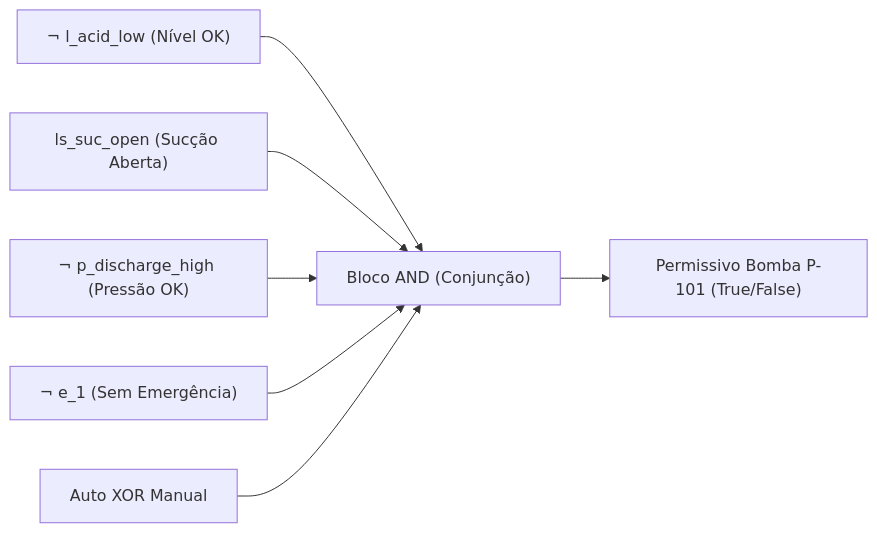
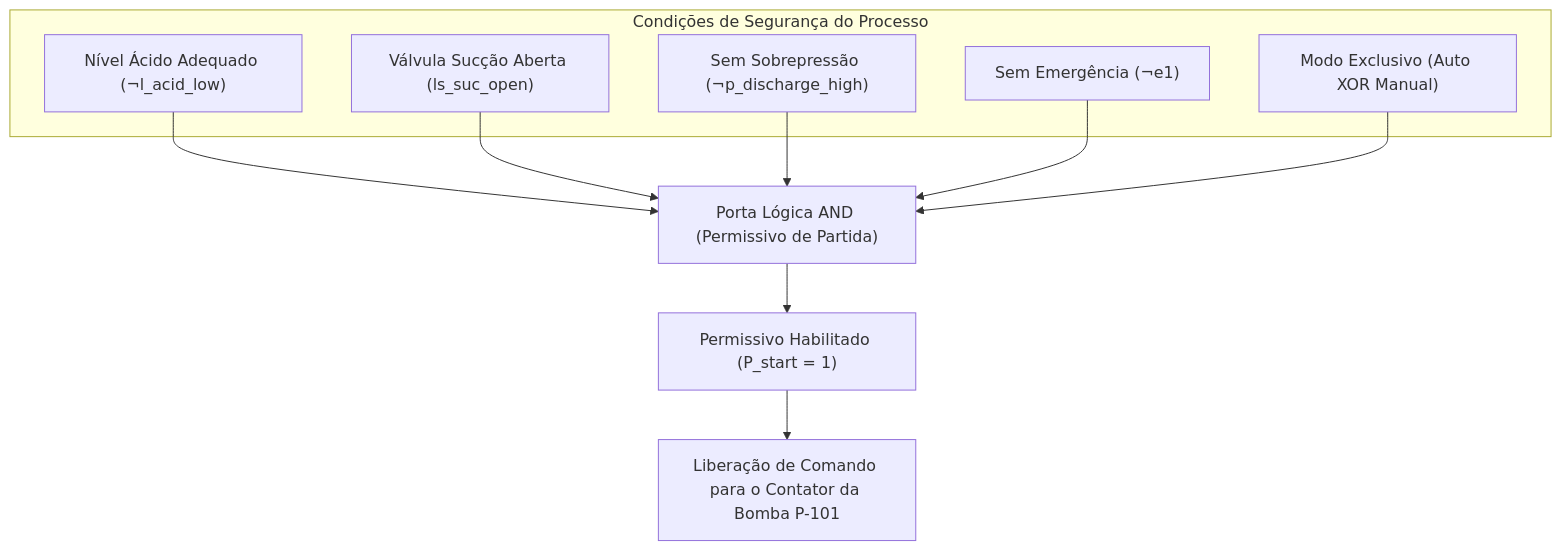
One commit to valerio-unifei/ECAA08-2026.2-Projeto changed the diagram in etapa-01-logica/04 - Logica Proposicional Conectivos e Permissivos.md. Above: the diagram before and after it, drawn with Mermaid. The commit also changed other lines of this file and 17 other files, not shown here.

````diff
--- a/etapa-01-logica/04 - Logica Proposicional Conectivos e Permissivos.md
+++ b/etapa-01-logica/04 - Logica Proposicional Conectivos e Permissivos.md
@@ -31,9 +23,19 @@
 ```mermaid
-graph LR
-    L1["¬ l_acid_low (Nível OK)"] --> AND["Bloco AND (Conjunção)"]
-    L2["ls_suc_open (Sucção Aberta)"] --> AND
-    L3["¬ p_discharge_high (Pressão OK)"] --> AND
-    L4["¬ e_1 (Sem Emergência)"] --> AND
-    L5["Auto XOR Manual"] --> AND
-    AND --> Permissivo["Permissivo Bomba P-101 (True/False)"]
+graph TD
+    subgraph Condicoes["Condições de Segurança do Processo"]
+        C1["Nível Ácido Adequado (¬l_acid_low)"]
+        C2["Válvula Sucção Aberta (ls_suc_open)"]
+        C3["Sem Sobrepressão (¬p_discharge_high)"]
+        C4["Sem Emergência (¬e1)"]
+        C5["Modo Exclusivo (Auto XOR Manual)"]
+    end
+
+    C1 --> AND["Porta Lógica AND (Permissivo de Partida)"]
+    C2 --> AND
+    C3 --> AND
+    C4 --> AND
+    C5 --> AND
+    AND --> Q["Permissivo Habilitado (P_start = 1)"]
+    
+    Q --> Out["Liberação de Comando para o Contator da Bomba P-101"]
 ```
````
